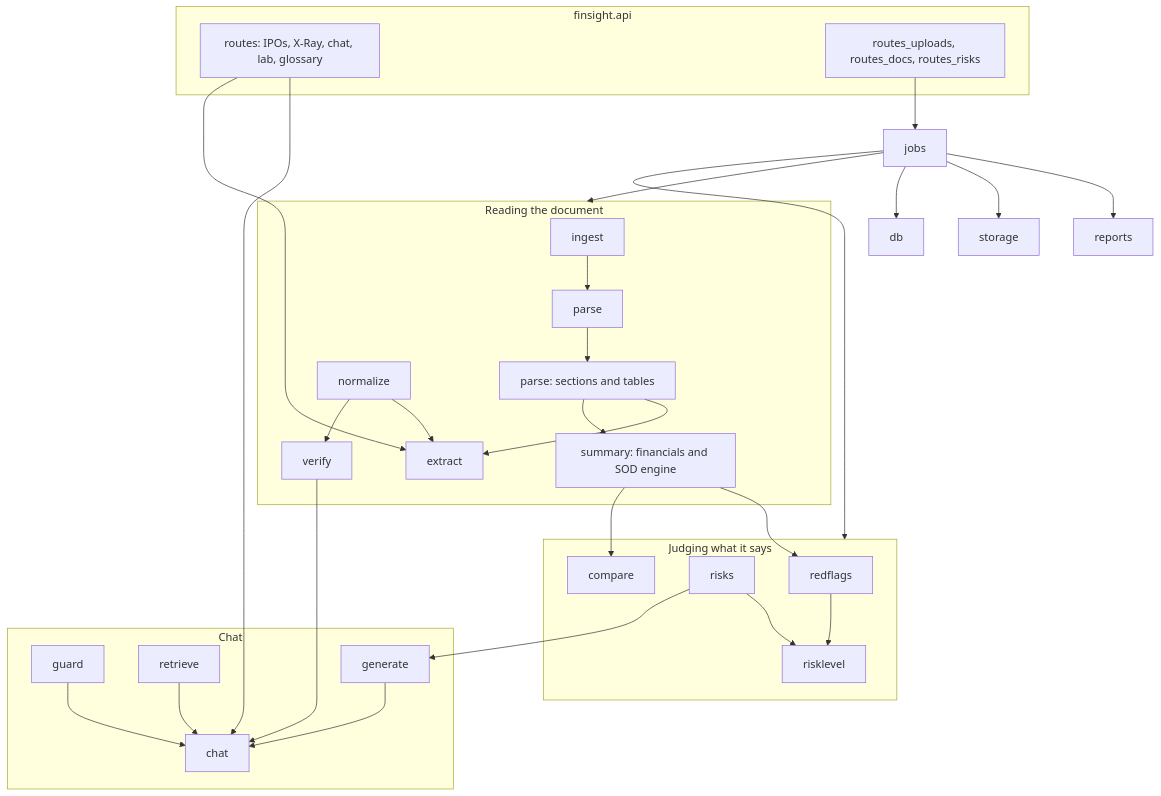
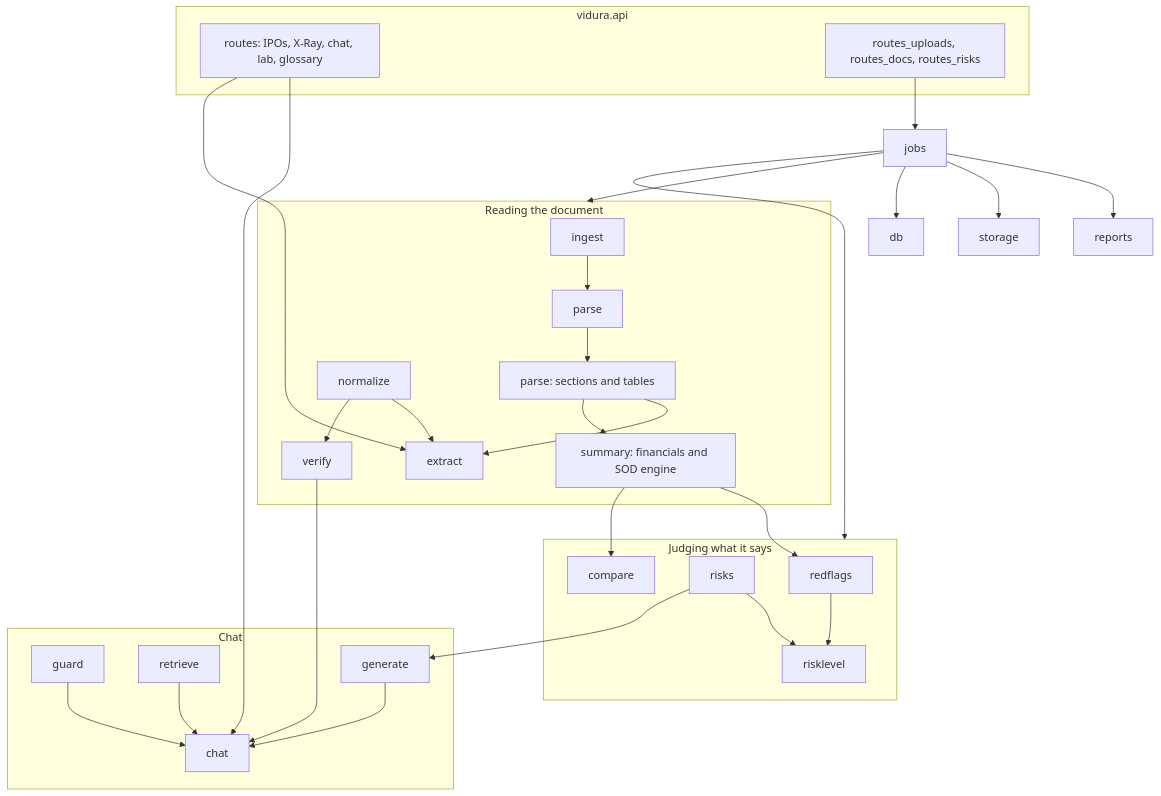
Before and after one commit to AkshatTm/FinSight-IPO-X-Ray-for-Indian-retail-investors: the third of 6 diagrams in docs/architecture/index.md, drawn with Mermaid. The commit also changed other lines of this file and 729 other files, not shown here.

First line of the commit message:
refactor: rename package finsight to vidura

````diff
--- a/docs/architecture/index.md
+++ b/docs/architecture/index.md
@@ -51,39 +51,39 @@
 ```mermaid
 flowchart TB
-  subgraph api [finsight.api]
+  subgraph api [vidura.api]
     R1[routes: IPOs, X-Ray, chat, lab, glossary]
     R2[routes_uploads, routes_docs, routes_risks]
   end
   subgraph read [Reading the document]
     ingest --> parse --> sections[parse: sections and tables]
     sections --> extract
     sections --> summary["summary: financials and SOD engine"]
     normalize --> extract
     normalize --> verify
   end
   subgraph judge [Judging what it says]
     redflags
     risks
     risklevel
     compare
   end
   subgraph ask [Chat]
     guard --> chat
     retrieve --> chat
     generate --> chat
     verify --> chat
   end
   R1 --> chat
   R1 --> extract
   R2 --> jobs
   jobs --> read
   jobs --> judge
   jobs --> reports
   jobs --> storage
   jobs --> db
   summary --> redflags
   risks --> risklevel
   redflags --> risklevel
   summary --> compare
   risks --> generate
 ```
````
